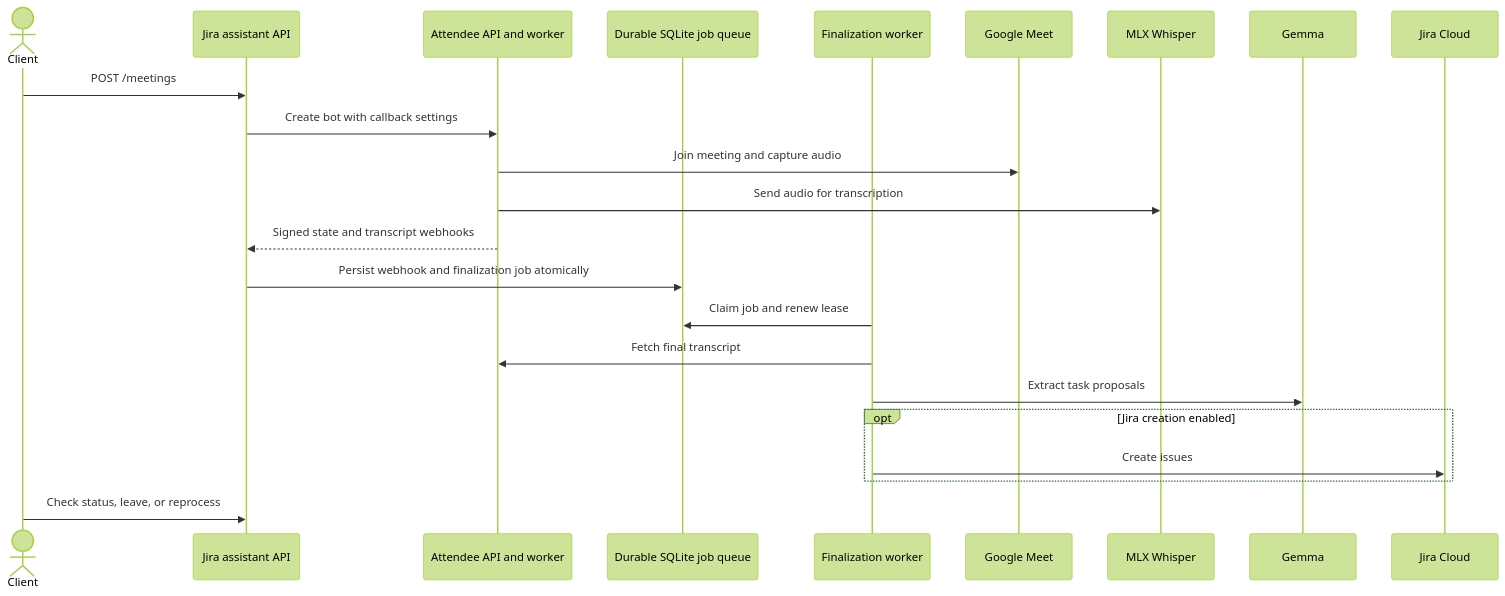
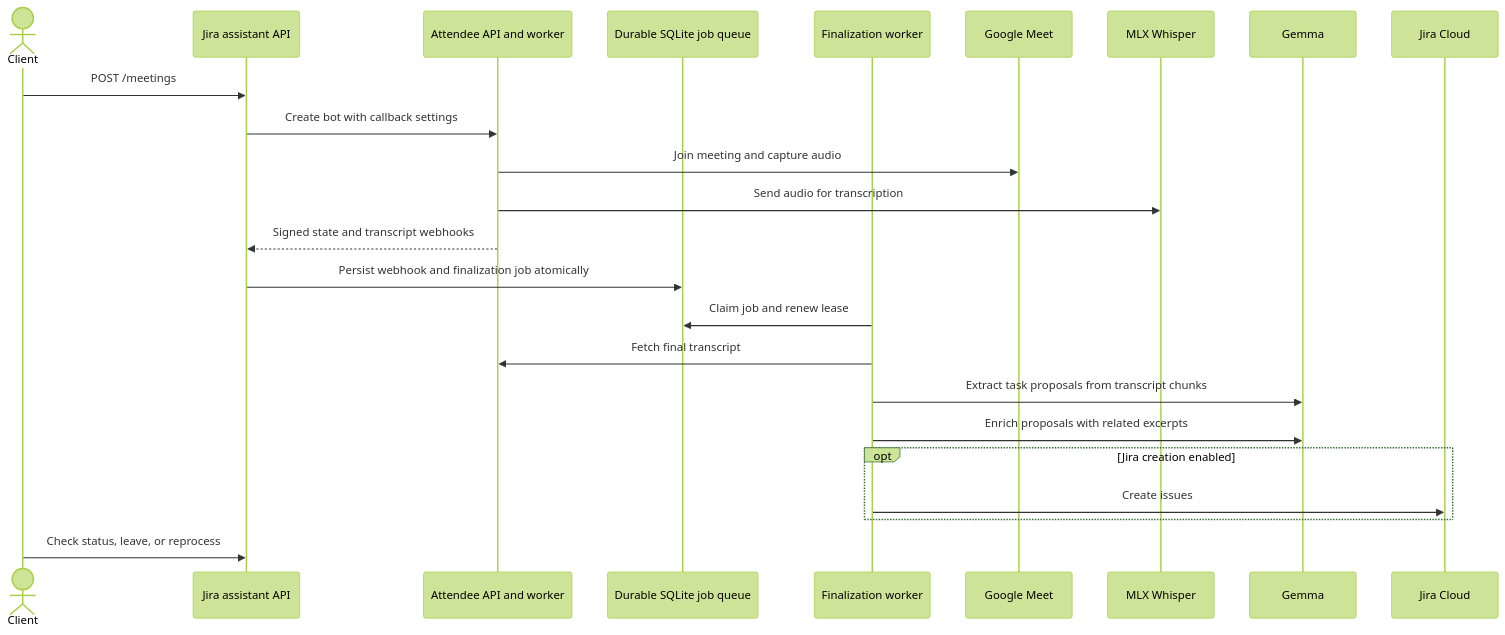
Before and after one commit to freymend/jira-bot: the diagram in README.md, drawn with Mermaid (forest theme). The commit also changed other lines of this file and 11 other files, not shown here.

````diff
--- a/README.md
+++ b/README.md
@@ -14,26 +14,27 @@
 ```mermaid
 sequenceDiagram
     actor Client
     participant API as Jira assistant API
     participant Attendee as Attendee API and worker
     participant Queue as Durable SQLite job queue
     participant Worker as Finalization worker
     participant Meet as Google Meet
     participant Whisper as MLX Whisper
     participant Gemma
     participant Jira as Jira Cloud
 
     Client->>API: POST /meetings
     API->>Attendee: Create bot with callback settings
     Attendee->>Meet: Join meeting and capture audio
     Attendee->>Whisper: Send audio for transcription
     Attendee-->>API: Signed state and transcript webhooks
     API->>Queue: Persist webhook and finalization job atomically
     Worker->>Queue: Claim job and renew lease
     Worker->>Attendee: Fetch final transcript
-    Worker->>Gemma: Extract task proposals
+    Worker->>Gemma: Extract task proposals from transcript chunks
+    Worker->>Gemma: Enrich proposals with related excerpts
     opt Jira creation enabled
       Worker->>Jira: Create issues
     end
     Client->>API: Check status, leave, or reprocess
 ```
````
